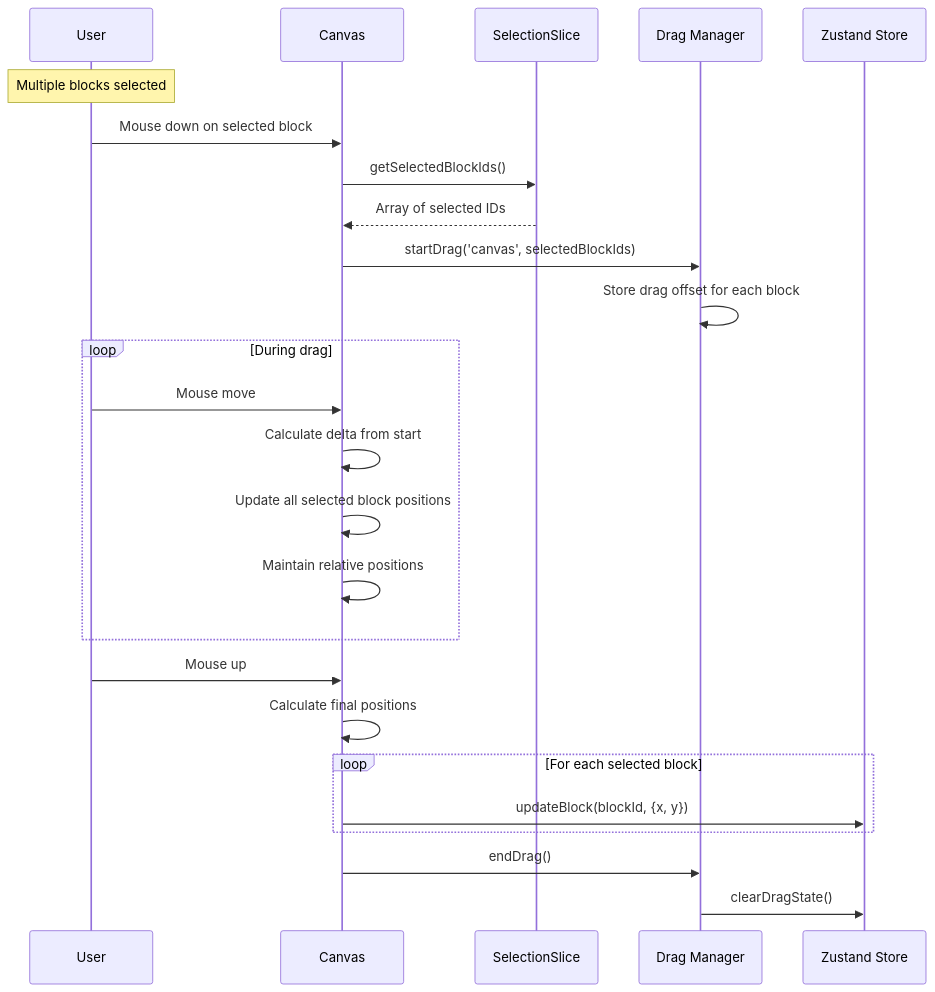
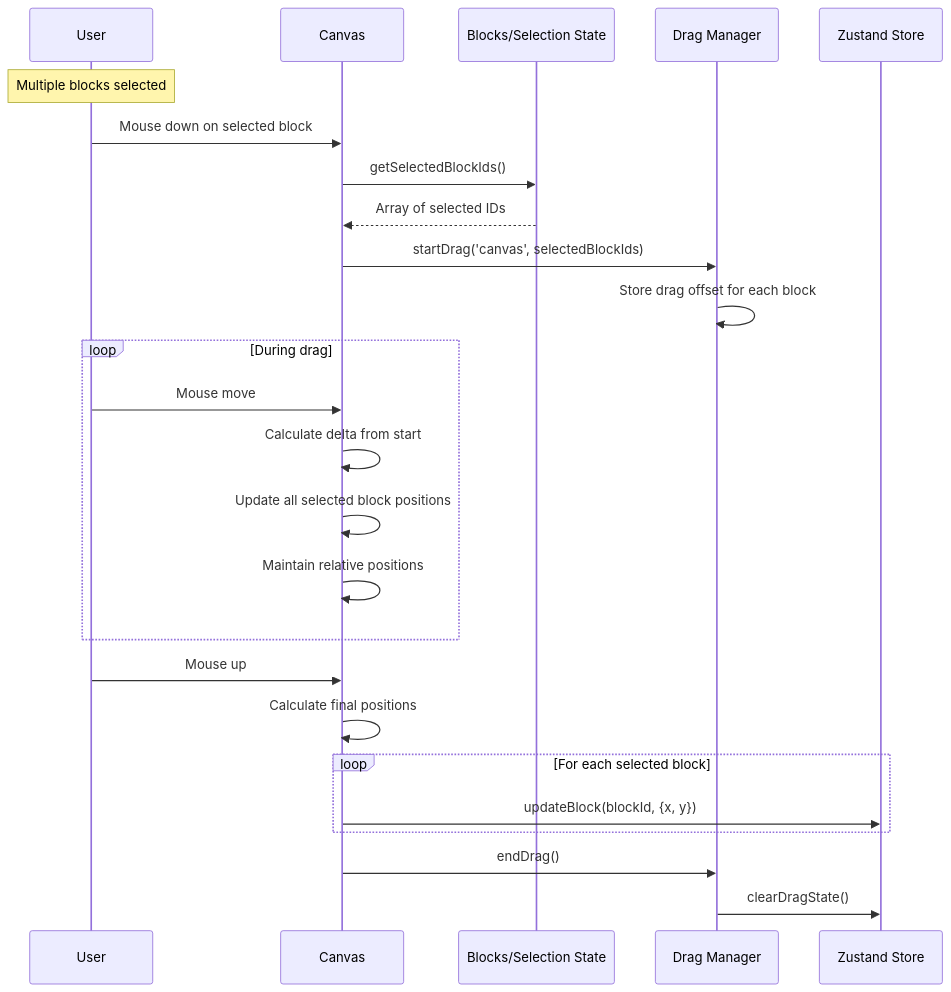
One commit to litkeys/DraftCN changed the eighth of 9 diagrams in docs/architecture/core-workflows.md. Above: the diagram before and after it, drawn with Mermaid. The commit also changed other lines of this file and 17 other files, not shown here.

First line of the commit message:
Fixed block selection persisting when search bar is selected, architectural realignment removing redundant selection slice

````diff
--- a/docs/architecture/core-workflows.md
+++ b/docs/architecture/core-workflows.md
@@ -244,30 +244,30 @@
 ```mermaid
 sequenceDiagram
     participant User
     participant Canvas
-    participant SelectMgr as SelectionSlice
+    participant BlocksSlice as Blocks/Selection State
     participant DragMgr as Drag Manager
     participant Store as Zustand Store
 
     Note over User: Multiple blocks selected
     User->>Canvas: Mouse down on selected block
-    Canvas->>SelectMgr: getSelectedBlockIds()
-    SelectMgr-->>Canvas: Array of selected IDs
+    Canvas->>BlocksSlice: getSelectedBlockIds()
+    BlocksSlice-->>Canvas: Array of selected IDs
     Canvas->>DragMgr: startDrag('canvas', selectedBlockIds)
     DragMgr->>DragMgr: Store drag offset for each block
 
     loop During drag
         User->>Canvas: Mouse move
         Canvas->>Canvas: Calculate delta from start
         Canvas->>Canvas: Update all selected block positions
         Canvas->>Canvas: Maintain relative positions
     end
 
     User->>Canvas: Mouse up
     Canvas->>Canvas: Calculate final positions
     loop For each selected block
         Canvas->>Store: updateBlock(blockId, {x, y})
     end
     Canvas->>DragMgr: endDrag()
     DragMgr->>Store: clearDragState()
 ```
````
